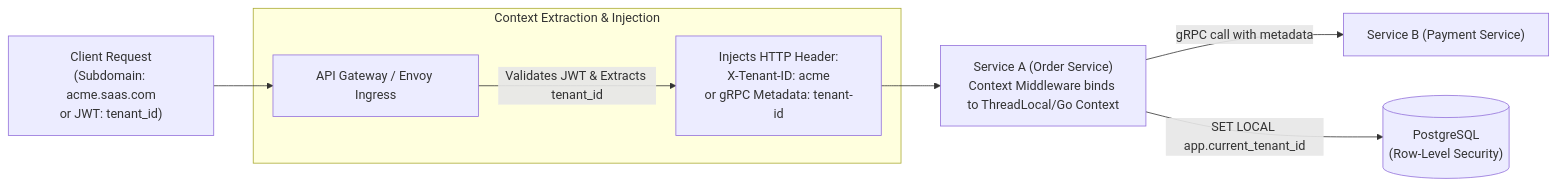
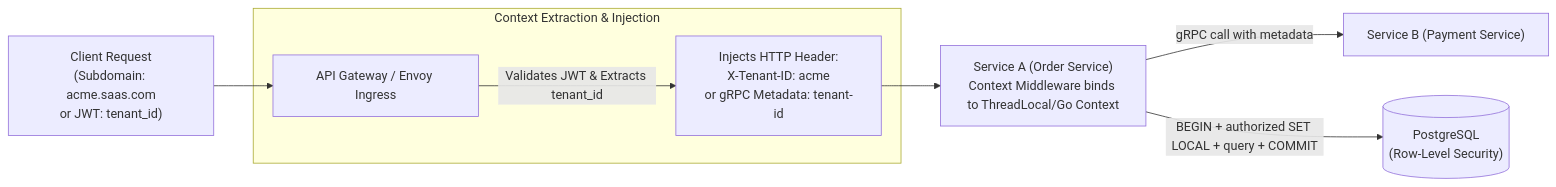
Before and after one commit to abhinnaagrawal/system-design-notes: the second of 3 diagrams in Layer-Playbooks/08-Multi-Tenant-Architecture.md, drawn with Mermaid. The commit also changed other lines of this file and 83 other files, not shown here.

````diff
--- a/Layer-Playbooks/08-Multi-Tenant-Architecture.md
+++ b/Layer-Playbooks/08-Multi-Tenant-Architecture.md
@@ -116,12 +124,12 @@
 ```mermaid
 flowchart LR
     Client["Client Request\n(Subdomain: acme.saas.com\nor JWT: tenant_id)"] --> APIGW["API Gateway / Envoy Ingress"]
     
     subgraph Context_Extraction ["Context Extraction & Injection"]
         APIGW -->|Validates JWT & Extracts tenant_id| Inject["Injects HTTP Header:\nX-Tenant-ID: acme\nor gRPC Metadata: tenant-id"]
     end
     
     Inject --> ServiceA["Service A (Order Service)\nContext Middleware binds to ThreadLocal/Go Context"]
     ServiceA -->|gRPC call with metadata| ServiceB["Service B (Payment Service)"]
-    ServiceA -->|SET LOCAL app.current_tenant_id| DB[("PostgreSQL\n(Row-Level Security)")]
+    ServiceA -->|BEGIN + authorized SET LOCAL + query + COMMIT| DB[("PostgreSQL\n(Row-Level Security)")]
 ```
````
